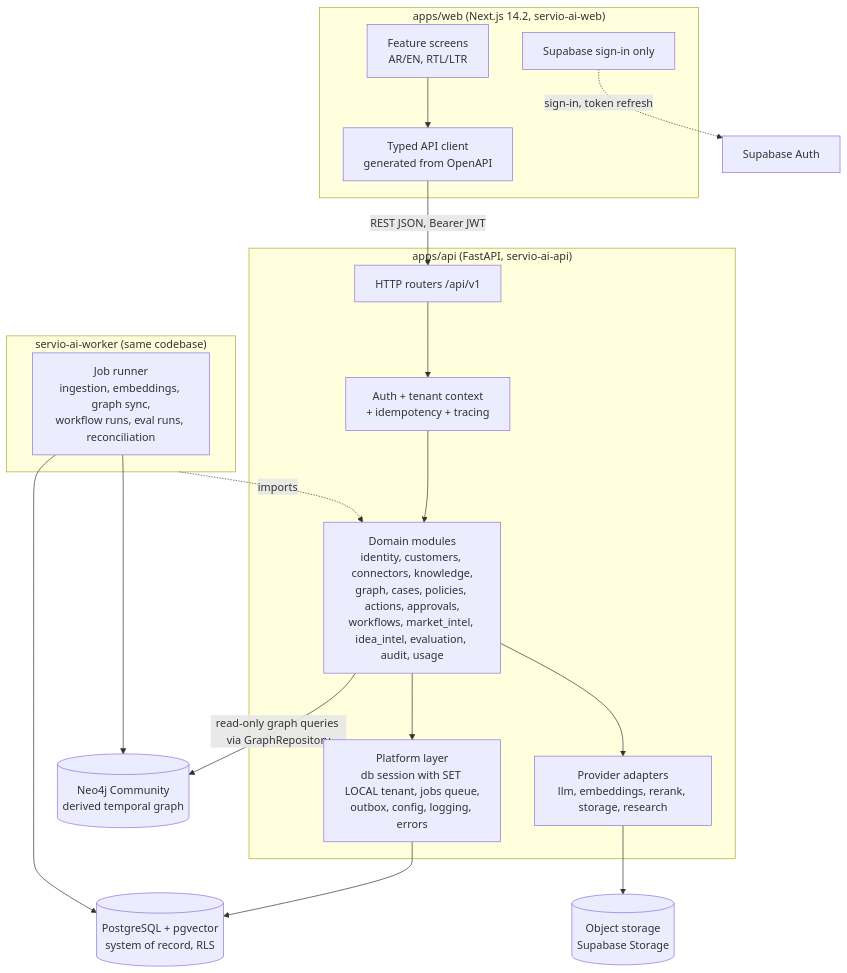
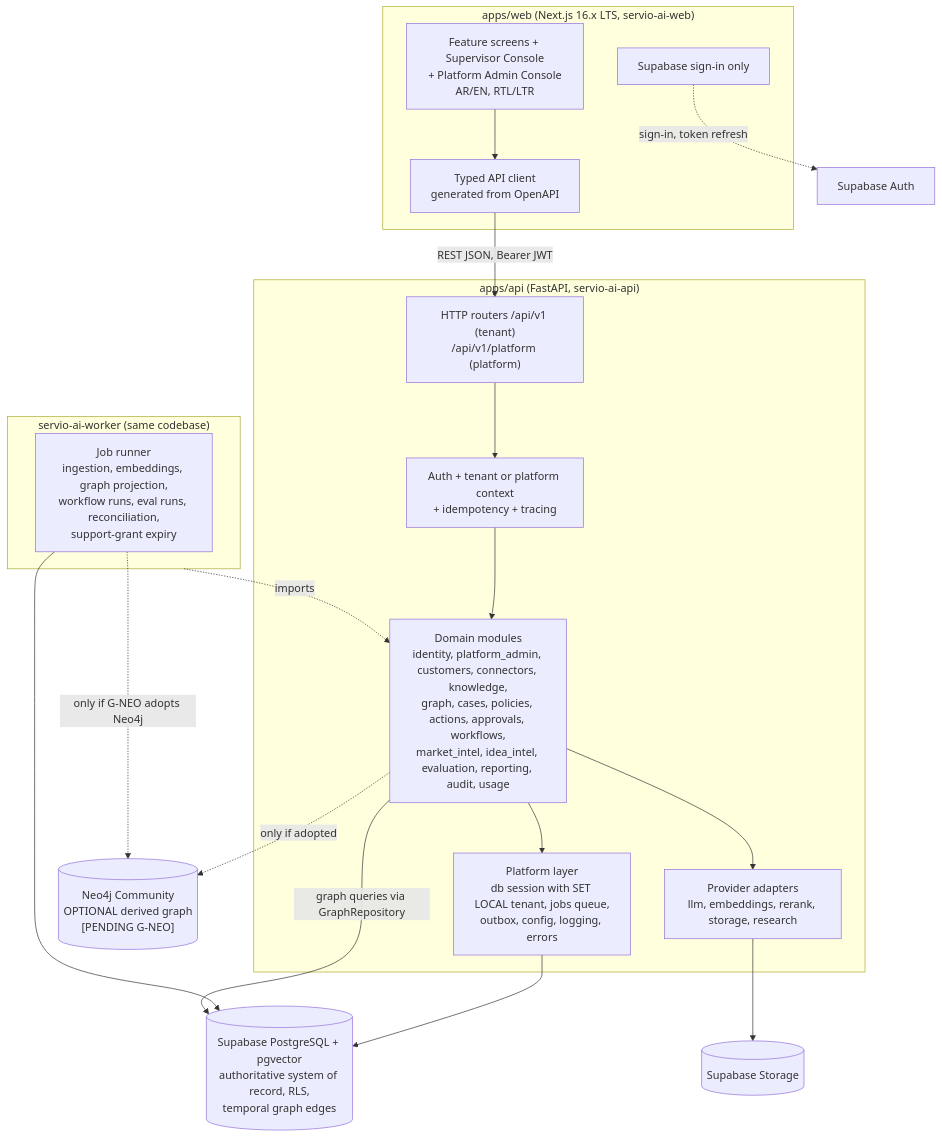
Before and after one commit to moamedmer68-commits/Servio: the third of 8 diagrams in docs/planning/MASTER_PLAN.md, drawn with Mermaid. The commit also changed other lines of this file and 1 other file, not shown here.

````diff
--- a/docs/planning/MASTER_PLAN.md
+++ b/docs/planning/MASTER_PLAN.md
@@ -347,27 +740,28 @@
 ```mermaid
 flowchart TB
-    subgraph WEB["apps/web (Next.js 14.2, servio-ai-web)"]
-        UI["Feature screens<br/>AR/EN, RTL/LTR"] --> APICL["Typed API client<br/>generated from OpenAPI"]
+    subgraph WEB["apps/web (Next.js 16.x LTS, servio-ai-web)"]
+        UI["Feature screens + Supervisor Console<br/>+ Platform Admin Console<br/>AR/EN, RTL/LTR"] --> APICL["Typed API client<br/>generated from OpenAPI"]
         AUTHC["Supabase sign-in only"]
     end
     subgraph API["apps/api (FastAPI, servio-ai-api)"]
-        R["HTTP routers /api/v1"] --> MW["Auth + tenant context<br/>+ idempotency + tracing"]
-        MW --> DOM["Domain modules<br/>identity, customers, connectors, knowledge,<br/>graph, cases, policies, actions, approvals,<br/>workflows, market_intel, idea_intel, evaluation, audit, usage"]
+        R["HTTP routers /api/v1 (tenant)<br/>/api/v1/platform (platform)"] --> MW["Auth + tenant or platform context<br/>+ idempotency + tracing"]
+        MW --> DOM["Domain modules<br/>identity, platform_admin, customers, connectors, knowledge,<br/>graph, cases, policies, actions, approvals, workflows,<br/>market_intel, idea_intel, evaluation, reporting, audit, usage"]
         DOM --> PLAT["Platform layer<br/>db session with SET LOCAL tenant, jobs queue,<br/>outbox, config, logging, errors"]
         DOM --> PROV["Provider adapters<br/>llm, embeddings, rerank, storage, research"]
     end
     subgraph WRK["servio-ai-worker (same codebase)"]
-        J["Job runner<br/>ingestion, embeddings, graph sync,<br/>workflow runs, eval runs, reconciliation"]
+        J["Job runner<br/>ingestion, embeddings, graph projection,<br/>workflow runs, eval runs, reconciliation,<br/>support-grant expiry"]
     end
-    PG[("PostgreSQL + pgvector<br/>system of record, RLS")]
-    NEO[("Neo4j Community<br/>derived temporal graph")]
-    OBJ[("Object storage<br/>Supabase Storage")]
+    PG[("Supabase PostgreSQL + pgvector<br/>authoritative system of record, RLS,<br/>temporal graph edges")]
+    NEO[("Neo4j Community<br/>OPTIONAL derived graph<br/>[PENDING G-NEO]")]
+    OBJ[("Supabase Storage")]
     APICL -->|REST JSON, Bearer JWT| R
     AUTHC -.->|sign-in, token refresh| SBA["Supabase Auth"]
     PLAT --> PG
     J --> PG
-    J --> NEO
-    DOM -->|read-only graph queries via GraphRepository| NEO
+    J -.->|only if G-NEO adopts Neo4j| NEO
+    DOM -->|graph queries via GraphRepository| PG
+    DOM -.->|only if adopted| NEO
     PROV --> OBJ
     WRK -. imports .-> DOM
 ```
````
